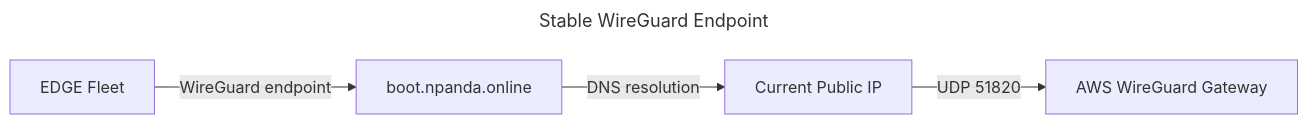
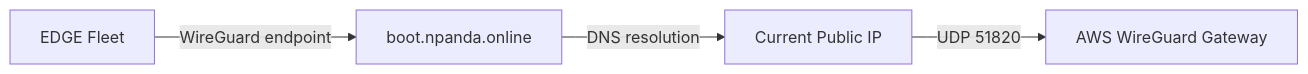
Diagram 34 of 35 in docs/track-2-secure-edge/README.md (naren4b/learn-talos), drawn with Mermaid before and after one commit. The commit also changed other lines of this file, not shown here.

Commit message:
docs: fix GitHub Mermaid rich display errors

````diff
--- a/docs/track-2-secure-edge/README.md
+++ b/docs/track-2-secure-edge/README.md
@@ -2239,14 +2232,11 @@
 ```mermaid
----
-title: Stable WireGuard Endpoint
----
 flowchart LR
     A[EDGE Fleet]
     B[boot.npanda.online]
     C[Current Public IP]
     D[AWS WireGuard Gateway]
 
     A -->|WireGuard endpoint| B
     B -->|DNS resolution| C
     C -->|UDP 51820| D
 ```
````
